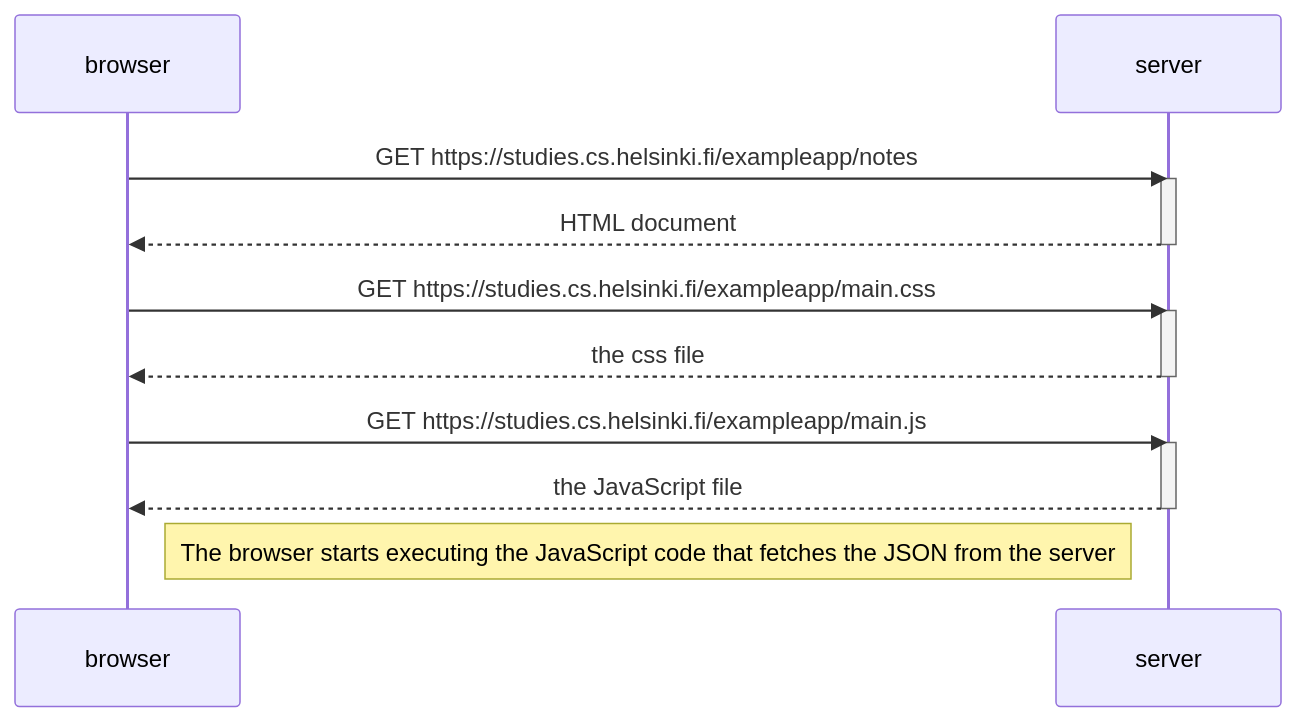
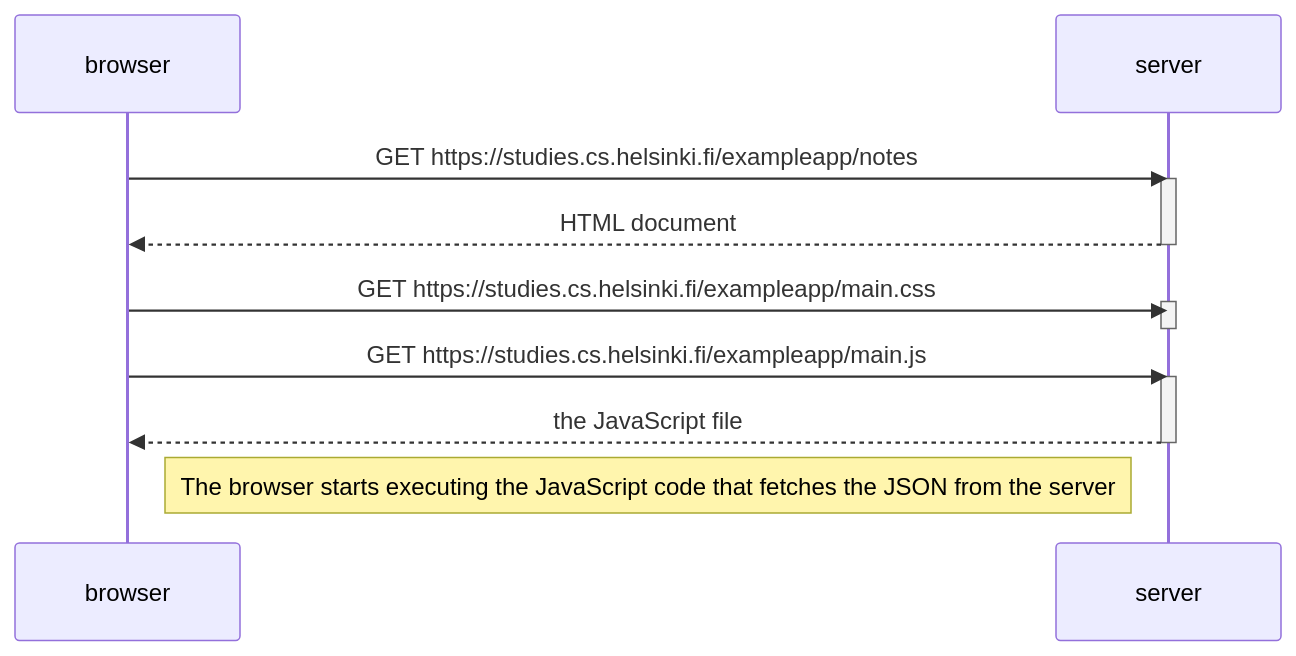
One commit to jvictorrodriguez/fullstackopen.com changed the diagram in 0.4_Nuevo_Diagrama_de_Nota.md. Above: the diagram before and after it, drawn with Mermaid.

````diff
--- a/0.4_Nuevo_Diagrama_de_Nota.md
+++ b/0.4_Nuevo_Diagrama_de_Nota.md
@@ -1,22 +1,22 @@
 ```mermaid
 sequenceDiagram
     participant browser
     participant server
 
     browser->>server: GET https://studies.cs.helsinki.fi/exampleapp/notes
     activate server
     server-->>browser: HTML document
     deactivate server
 
     browser->>server: GET https://studies.cs.helsinki.fi/exampleapp/main.css
     activate server
-    server-->>browser: the css file
+    %%server-->>browser: the css file
     deactivate server
 
     browser->>server: GET https://studies.cs.helsinki.fi/exampleapp/main.js
     activate server
     server-->>browser: the JavaScript file
     deactivate server
 
     Note right of browser: The browser starts executing the JavaScript code that fetches the JSON from the server
 ```
````
